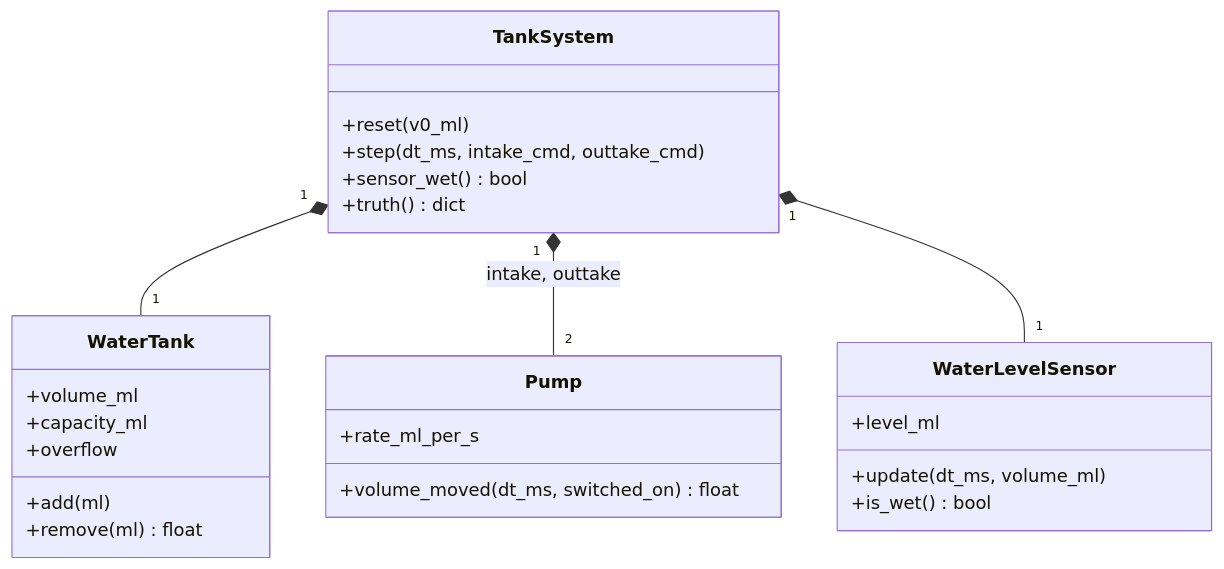
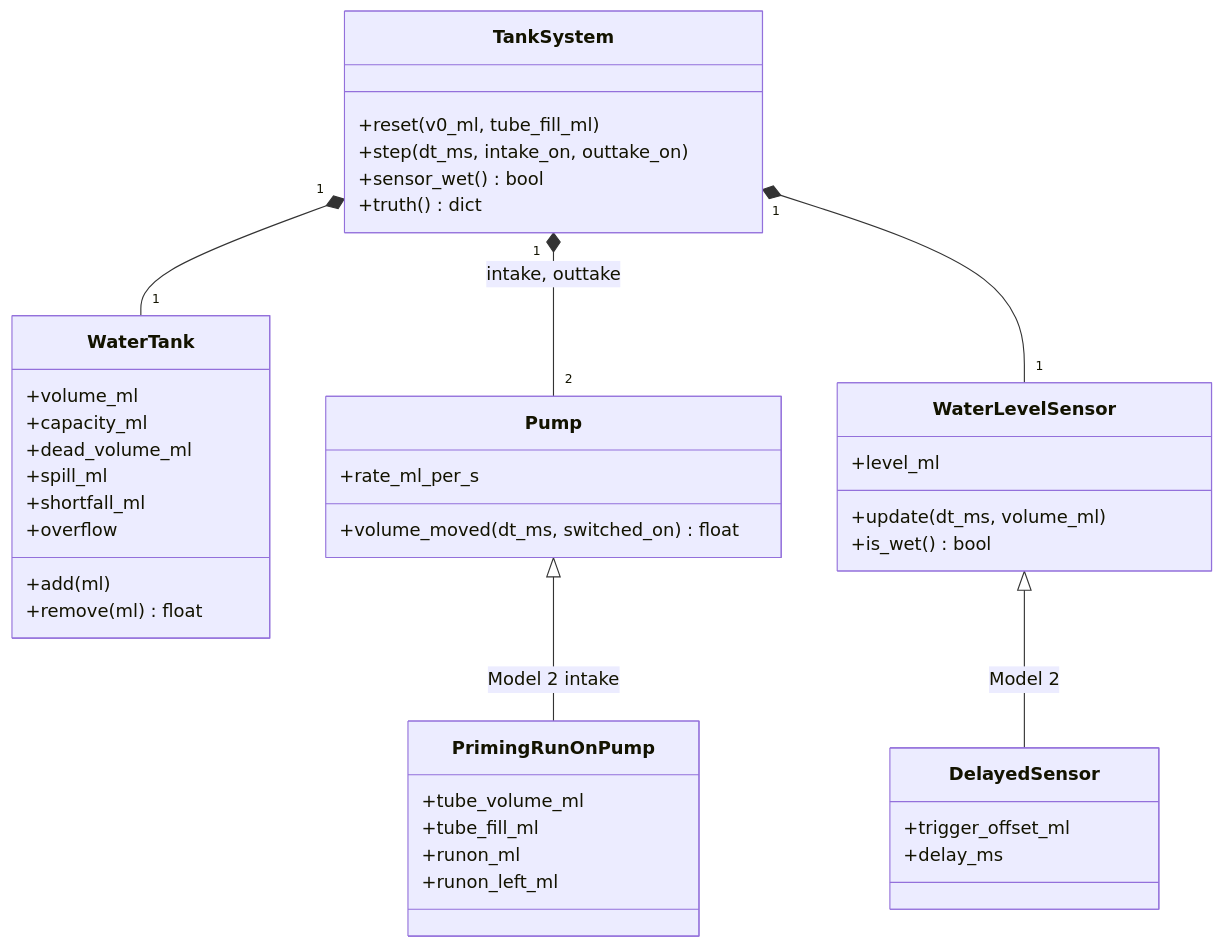
The fourth of 4 diagrams in design/software_architecture.md (MGBWEBDEV/Digital-Twin), drawn with Mermaid before and after one commit. The commit also changed other lines of this file and 2 other files, not shown here.

````diff
--- a/design/software_architecture.md
+++ b/design/software_architecture.md
@@ -182,28 +182,43 @@
 ```mermaid
 classDiagram
   class TankSystem {
-    +reset(v0_ml)
-    +step(dt_ms, intake_cmd, outtake_cmd)
+    +reset(v0_ml, tube_fill_ml)
+    +step(dt_ms, intake_on, outtake_on)
     +sensor_wet() bool
     +truth() dict
   }
   class WaterTank {
     +volume_ml
     +capacity_ml
+    +dead_volume_ml
+    +spill_ml
+    +shortfall_ml
     +overflow
     +add(ml)
     +remove(ml) float
   }
   class Pump {
     +rate_ml_per_s
     +volume_moved(dt_ms, switched_on) float
   }
+  class PrimingRunOnPump {
+    +tube_volume_ml
+    +tube_fill_ml
+    +runon_ml
+    +runon_left_ml
+  }
   class WaterLevelSensor {
     +level_ml
     +update(dt_ms, volume_ml)
     +is_wet() bool
   }
+  class DelayedSensor {
+    +trigger_offset_ml
+    +delay_ms
+  }
   TankSystem "1" *-- "1" WaterTank
   TankSystem "1" *-- "2" Pump : intake, outtake
   TankSystem "1" *-- "1" WaterLevelSensor
+  Pump <|-- PrimingRunOnPump : Model 2 intake
+  WaterLevelSensor <|-- DelayedSensor : Model 2
 ```
````
